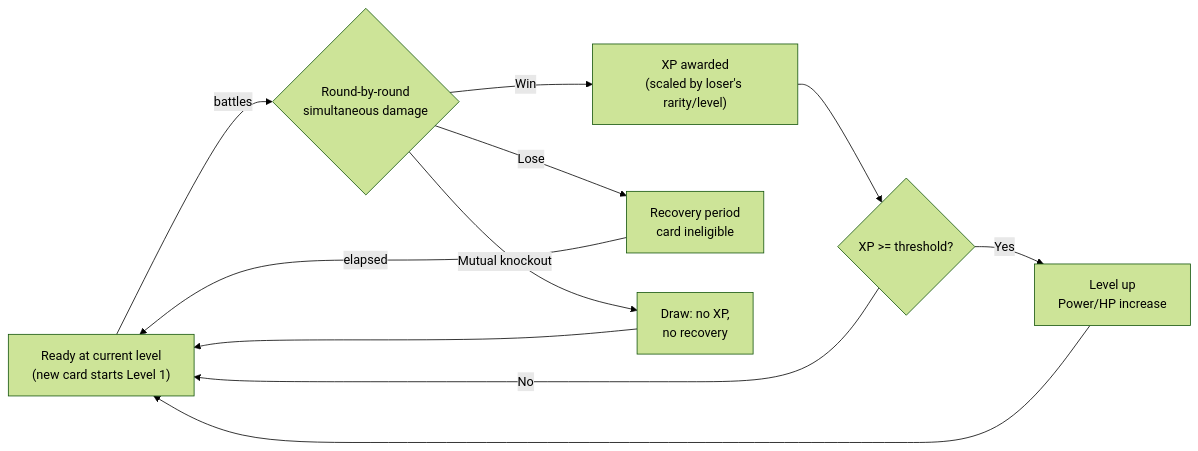
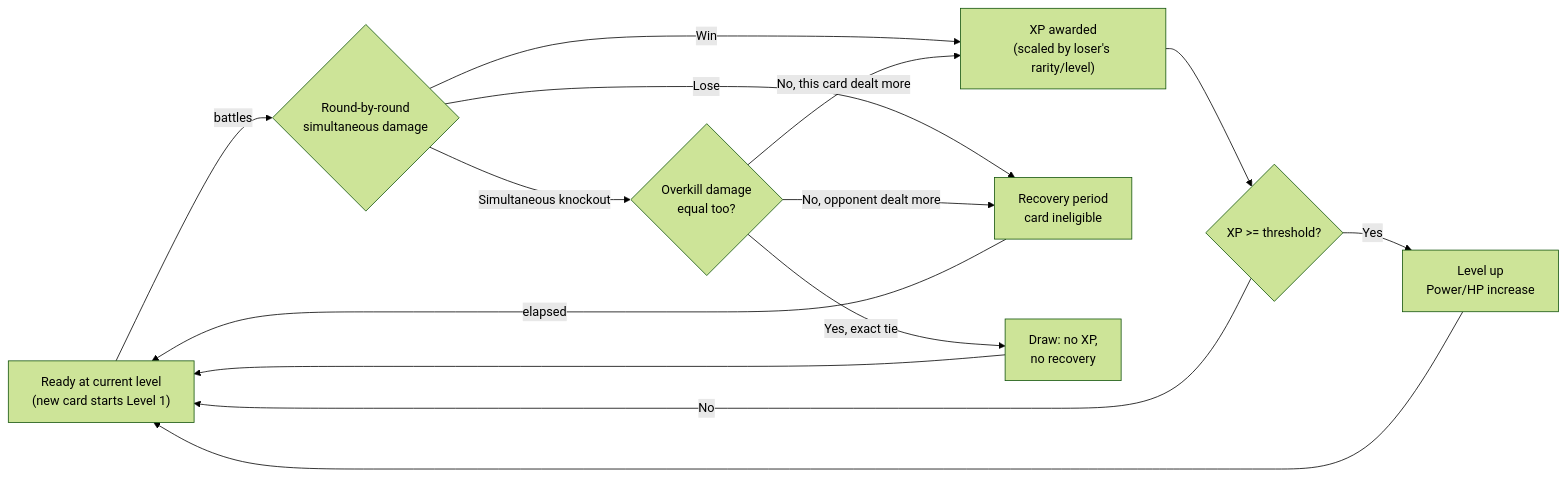
Before and after one commit to natenolting/TzDeck: the diagram in docs/brainstorms/battle-system-requirements.md, drawn with Mermaid (forest theme). The commit also changed other lines of this file and 2 other files, not shown here.

````diff
--- a/docs/brainstorms/battle-system-requirements.md
+++ b/docs/brainstorms/battle-system-requirements.md
@@ -54,13 +54,16 @@
 ```mermaid
 flowchart LR
     A["Ready at current level\n(new card starts Level 1)"] -->|battles| B{Round-by-round\nsimultaneous damage}
     B -->|Win| C["XP awarded\n(scaled by loser's rarity/level)"]
     C --> D{XP >= threshold?}
     D -->|Yes| E["Level up\nPower/HP increase"]
     D -->|No| A
     E --> A
     B -->|Lose| F["Recovery period\ncard ineligible"]
     F -->|elapsed| A
-    B -->|Mutual knockout| G["Draw: no XP,\nno recovery"]
+    B -->|Simultaneous knockout| H{Overkill damage\nequal too?}
+    H -->|No, this card dealt more| C
+    H -->|No, opponent dealt more| F
+    H -->|Yes, exact tie| G["Draw: no XP,\nno recovery"]
     G --> A
 ```
````
